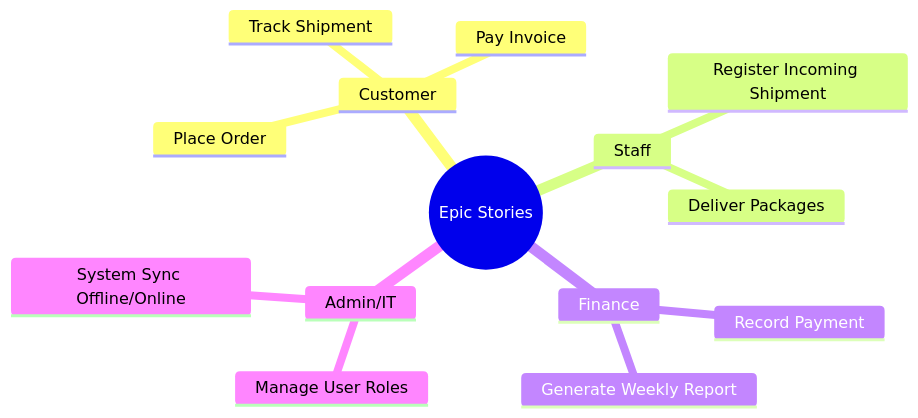
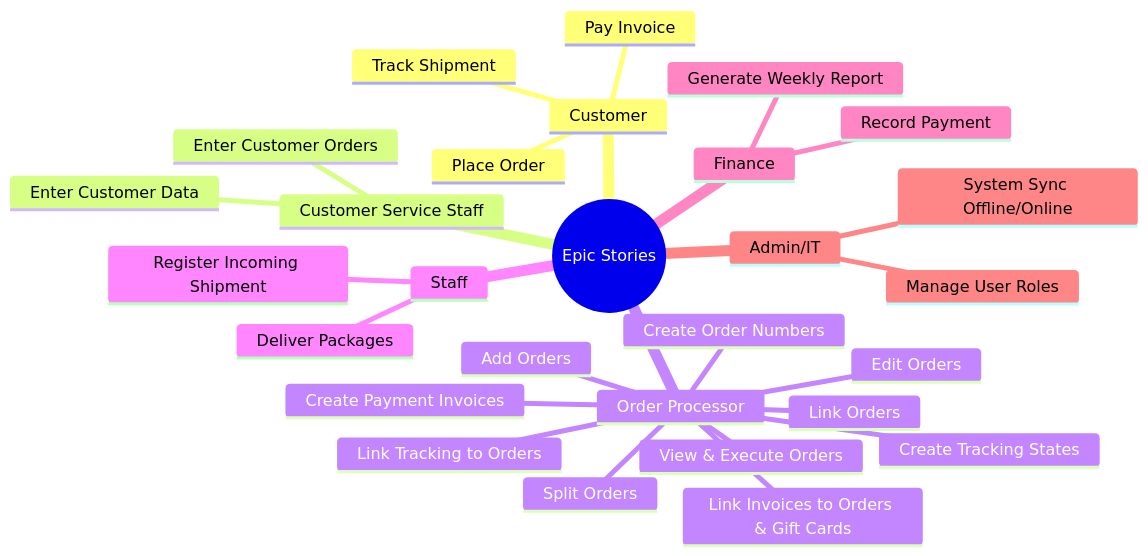
Before and after one commit to Ash69g/Documentation-Study: the second of 3 diagrams in docs/03-stories/03-stories.md, drawn with Mermaid. The commit also changed other lines of this file and 22 other files, not shown here.

````diff
--- a/docs/03-stories/03-stories.md
+++ b/docs/03-stories/03-stories.md
@@ -46,17 +45,31 @@
 ```mermaid
 mindmap
- root((Epic Stories))
-  Customer
-   Place Order
-   Track Shipment
-   Pay Invoice
-  Staff
-   Register Incoming Shipment
-   Deliver Packages
-  Finance
-   Record Payment
-   Generate Weekly Report
-  Admin/IT
-   Manage User Roles
-   System Sync Offline/Online
+  root((Epic Stories))
+    Customer
+      Place Order
+      Track Shipment
+      Pay Invoice
+    Customer Service Staff
+      Enter Customer Data
+      Enter Customer Orders
+    Order Processor
+      Create Order Numbers
+      View & Execute Orders
+      Edit Orders
+      Add Orders
+      Link Orders
+      Split Orders
+      Create Tracking States
+      Link Tracking to Orders
+      Create Payment Invoices
+      Link Invoices to Orders & Gift Cards
+    Staff
+      Register Incoming Shipment
+      Deliver Packages
+    Finance
+      Record Payment
+      Generate Weekly Report
+    Admin/IT
+      Manage User Roles
+      System Sync Offline/Online
 ```
````
